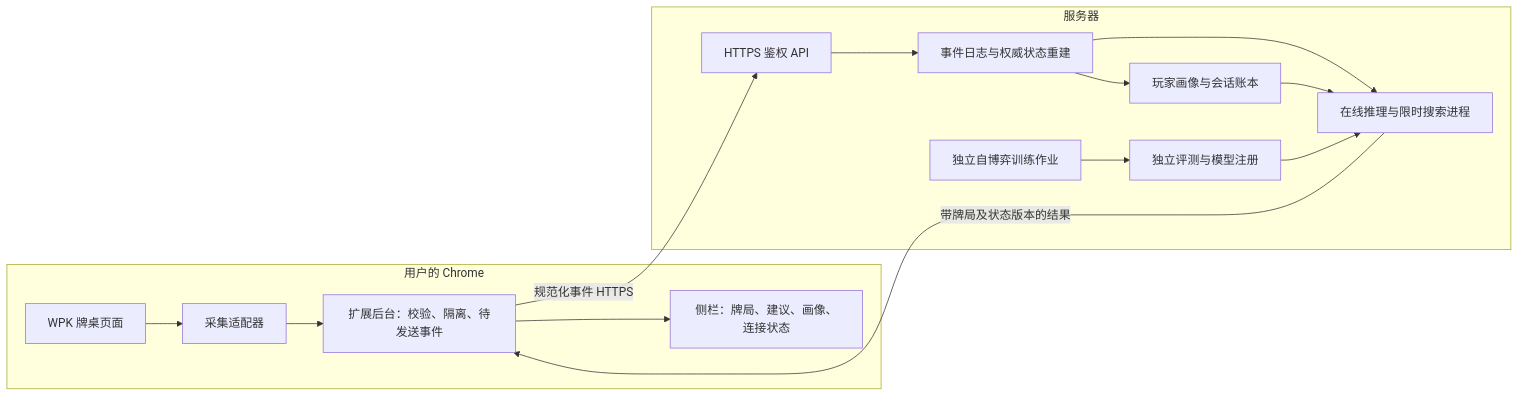
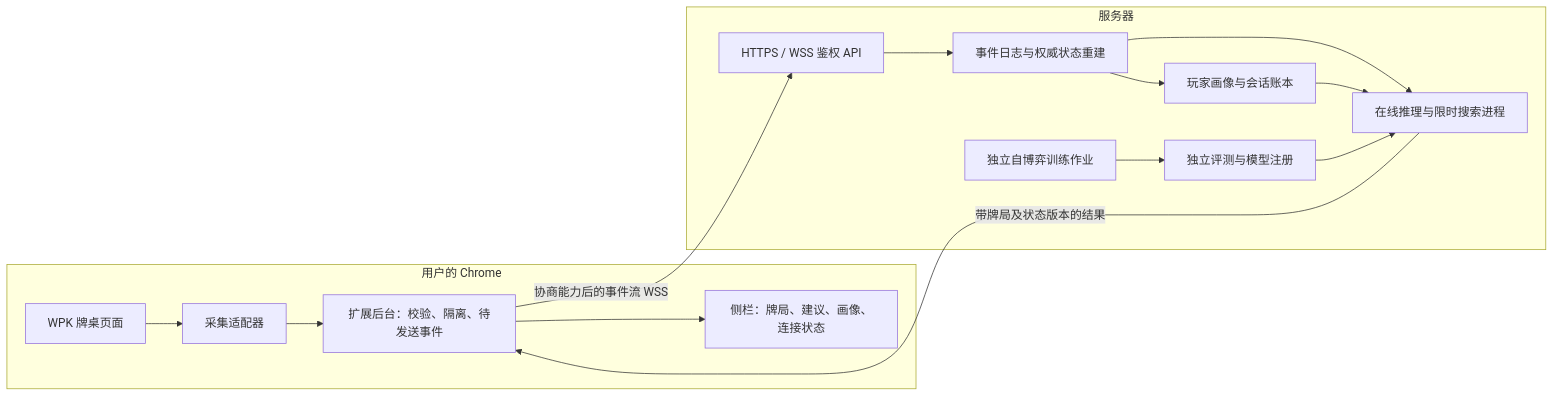
Before and after one commit to Keria2026/Texas-GTO: the diagram in docs/extension-server-architecture.md, drawn with Mermaid. The commit also changed other lines of this file and 4 other files, not shown here.

````diff
--- a/docs/extension-server-architecture.md
+++ b/docs/extension-server-architecture.md
@@ -9,18 +11,18 @@
 ```mermaid
 flowchart LR
   subgraph Browser[用户的 Chrome]
     W[WPK 牌桌页面] --> C[采集适配器]
     C --> Q[扩展后台：校验、隔离、待发送事件]
     Q --> U[侧栏：牌局、建议、画像、连接状态]
   end
   subgraph Server[服务器]
-    A[HTTPS 鉴权 API] --> E[事件日志与权威状态重建]
+    A[HTTPS / WSS 鉴权 API] --> E[事件日志与权威状态重建]
     E --> I[在线推理与限时搜索进程]
     E --> P[玩家画像与会话账本]
     P --> I
     T[独立自博弈训练作业] --> V[独立评测与模型注册]
     V --> I
   end
-  Q -->|规范化事件 HTTPS| A
+  Q -->|协商能力后的事件流 WSS| A
   I -->|带牌局及状态版本的结果| Q
 ```
````
